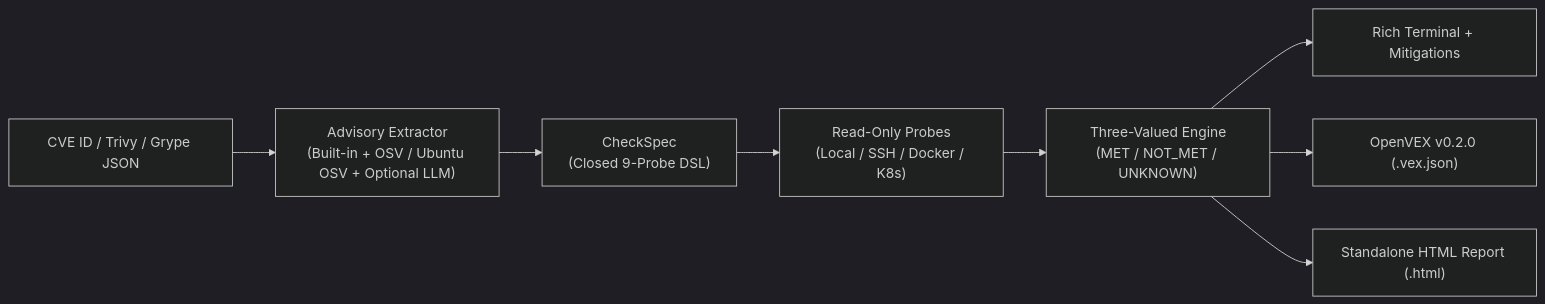
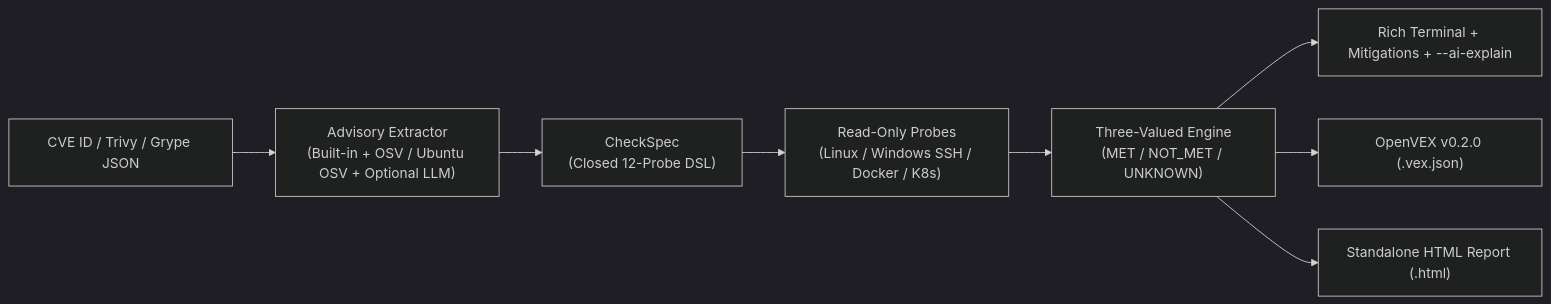
One commit to KatsaounisThanasis/notaffected changed the diagram in README.md. Above: the diagram before and after it, drawn with Mermaid (dark theme). The commit also changed other lines of this file and 18 other files, not shown here.

Commit message:
Release v0.4.0: cross-platform Windows Server probes, multi-provider AI engine, and --ai-explain advisor

````diff
--- a/README.md
+++ b/README.md
@@ -20,10 +20,10 @@
 ```mermaid
 flowchart LR
     A["CVE ID / Trivy / Grype JSON"] --> B["Advisory Extractor\n(Built-in + OSV / Ubuntu OSV + Optional LLM)"]
-    B --> C["CheckSpec\n(Closed 9-Probe DSL)"]
-    C --> D["Read-Only Probes\n(Local / SSH / Docker / K8s)"]
+    B --> C["CheckSpec\n(Closed 12-Probe DSL)"]
+    C --> D["Read-Only Probes\n(Linux / Windows SSH / Docker / K8s)"]
     D --> E["Three-Valued Engine\n(MET / NOT_MET / UNKNOWN)"]
-    E --> F["Rich Terminal + Mitigations"]
+    E --> F["Rich Terminal + Mitigations + --ai-explain"]
     E --> G["OpenVEX v0.2.0 (.vex.json)"]
     E --> H["Standalone HTML Report (.html)"]
 ```
````
